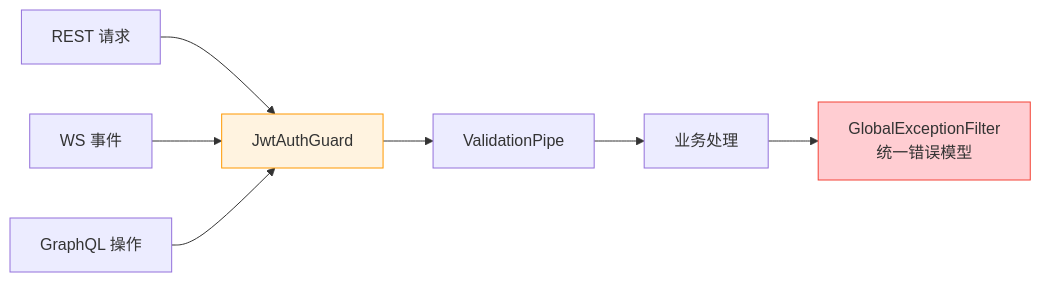
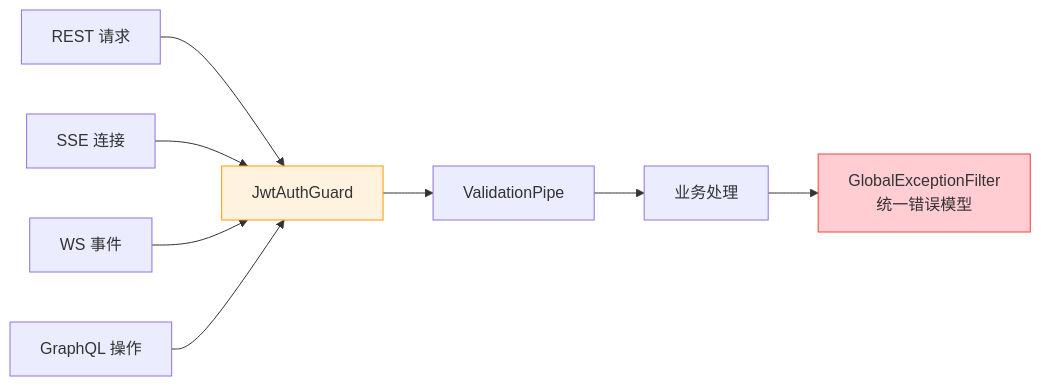
The diagram in docs/features/README.md (weihongyu12/node), drawn with Mermaid before and after one commit. The commit also changed other lines of this file and 8 other files, not shown here.

````diff
--- a/docs/features/README.md
+++ b/docs/features/README.md
@@ -35,12 +36,13 @@
 ```mermaid
 graph LR
     REST[REST 请求] --> G[JwtAuthGuard]
+    SSE[SSE 连接] --> G
     WS[WS 事件] --> G
     GQL[GraphQL 操作] --> G
     G --> P[ValidationPipe]
     P --> BIZ[业务处理]
     BIZ --> F[GlobalExceptionFilter<br/>统一错误模型]
 
     style G fill:#fff3e0,stroke:#ff9800
     style F fill:#ffcdd2,stroke:#f44336
 ```
````
